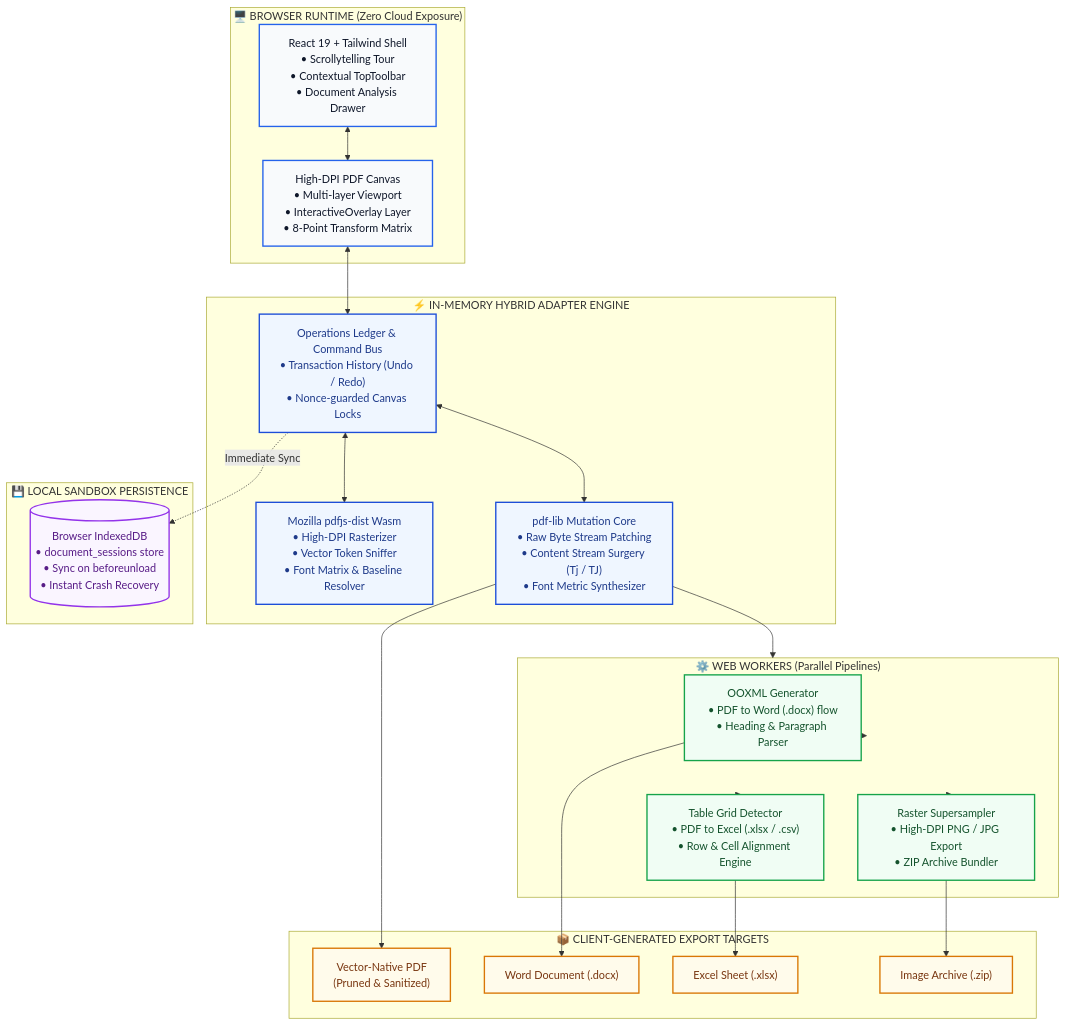
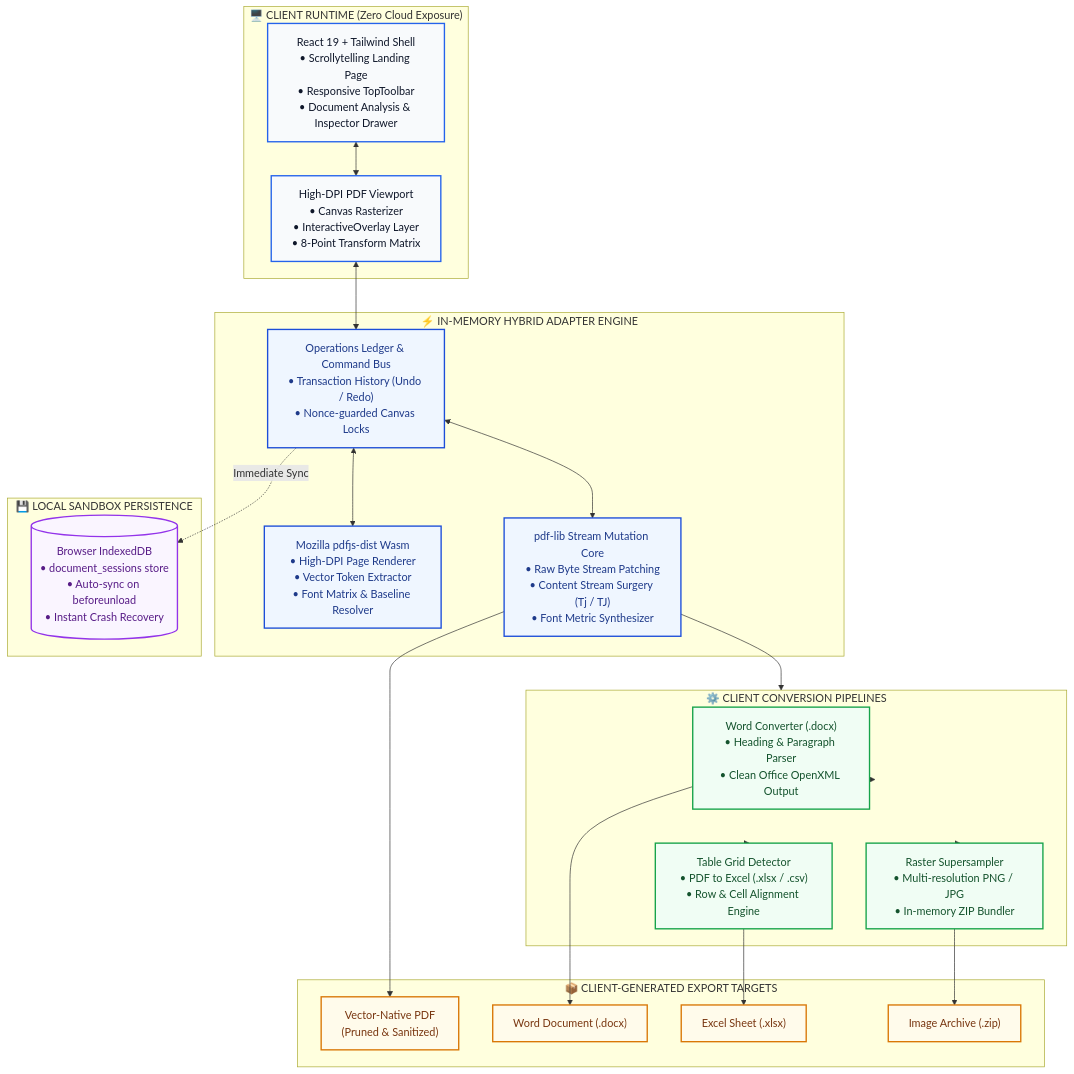
The first of 2 diagrams in README.md (DevDarsh26/PDF-Studio), drawn with Mermaid before and after one commit. The commit also changed other lines of this file and 13 other files, not shown here.

````diff
--- a/README.md
+++ b/README.md
@@ -36,48 +70,48 @@
 ```mermaid
 flowchart TD
     classDef client fill:#f8fafc,stroke:#2563eb,stroke-width:2px,color:#0f172a;
     classDef engine fill:#eff6ff,stroke:#1d4ed8,stroke-width:2px,color:#1e3a8a;
     classDef worker fill:#f0fdf4,stroke:#16a34a,stroke-width:2px,color:#14532d;
     classDef storage fill:#faf5ff,stroke:#9333ea,stroke-width:2px,color:#581c87;
     classDef output fill:#fffbeb,stroke:#d97706,stroke-width:2px,color:#78350f;
 
-    subgraph ClientLayer["🖥️ BROWSER RUNTIME (Zero Cloud Exposure)"]
-        UI["React 19 + Tailwind Shell<br/>• Scrollytelling Tour<br/>• Contextual TopToolbar<br/>• Document Analysis Drawer"]:::client
-        Viewport["High-DPI PDF Canvas<br/>• Multi-layer Viewport<br/>• InteractiveOverlay Layer<br/>• 8-Point Transform Matrix"]:::client
+    subgraph ClientLayer["🖥️ CLIENT RUNTIME (Zero Cloud Exposure)"]
+        UI["React 19 + Tailwind Shell<br/>• Scrollytelling Landing Page<br/>• Responsive TopToolbar<br/>• Document Analysis & Inspector Drawer"]:::client
+        Viewport["High-DPI PDF Viewport<br/>• Canvas Rasterizer<br/>• InteractiveOverlay Layer<br/>• 8-Point Transform Matrix"]:::client
     end
 
     subgraph CoreEngine["⚡ IN-MEMORY HYBRID ADAPTER ENGINE"]
-        PDFJS["Mozilla pdfjs-dist Wasm<br/>• High-DPI Rasterizer<br/>• Vector Token Sniffer<br/>• Font Matrix & Baseline Resolver"]:::engine
-        PDFLIB["pdf-lib Mutation Core<br/>• Raw Byte Stream Patching<br/>• Content Stream Surgery (Tj / TJ)<br/>• Font Metric Synthesizer"]:::engine
+        PDFJS["Mozilla pdfjs-dist Wasm<br/>• High-DPI Page Renderer<br/>• Vector Token Extractor<br/>• Font Matrix & Baseline Resolver"]:::engine
+        PDFLIB["pdf-lib Stream Mutation Core<br/>• Raw Byte Stream Patching<br/>• Content Stream Surgery (Tj / TJ)<br/>• Font Metric Synthesizer"]:::engine
         Ledger["Operations Ledger & Command Bus<br/>• Transaction History (Undo / Redo)<br/>• Nonce-guarded Canvas Locks"]:::engine
     end
 
-    subgraph BackgroundWorkers["⚙️ WEB WORKERS (Parallel Pipelines)"]
-        WordConv["OOXML Generator<br/>• PDF to Word (.docx) flow<br/>• Heading & Paragraph Parser"]:::worker
+    subgraph BackgroundWorkers["⚙️ CLIENT CONVERSION PIPELINES"]
+        WordConv["Word Converter (.docx)<br/>• Heading & Paragraph Parser<br/>• Clean Office OpenXML Output"]:::worker
         ExcelConv["Table Grid Detector<br/>• PDF to Excel (.xlsx / .csv)<br/>• Row & Cell Alignment Engine"]:::worker
-        ImageConv["Raster Supersampler<br/>• High-DPI PNG / JPG Export<br/>• ZIP Archive Bundler"]:::worker
+        ImageConv["Raster Supersampler<br/>• Multi-resolution PNG / JPG<br/>• In-memory ZIP Bundler"]:::worker
     end
 
     subgraph PersistenceLayer["💾 LOCAL SANDBOX PERSISTENCE"]
-        IDB[("Browser IndexedDB<br/>• document_sessions store<br/>• Sync on beforeunload<br/>• Instant Crash Recovery")]:::storage
+        IDB[("Browser IndexedDB<br/>• document_sessions store<br/>• Auto-sync on beforeunload<br/>• Instant Crash Recovery")]:::storage
     end
 
     subgraph ExportTargets["📦 CLIENT-GENERATED EXPORT TARGETS"]
         OutPDF["Vector-Native PDF<br/>(Pruned & Sanitized)"]:::output
         OutDocx["Word Document (.docx)"]:::output
         OutXlsx["Excel Sheet (.xlsx)"]:::output
         OutImg["Image Archive (.zip)"]:::output
     end
 
     UI <--> Viewport
     Viewport <--> Ledger
     Ledger <--> PDFJS
     Ledger <--> PDFLIB
     Ledger -. Immediate Sync .-> IDB
     PDFLIB --> BackgroundWorkers
     BackgroundWorkers --> WordConv & ExcelConv & ImageConv
     PDFLIB --> OutPDF
     WordConv --> OutDocx
     ExcelConv --> OutXlsx
     ImageConv --> OutImg
 ```
````
